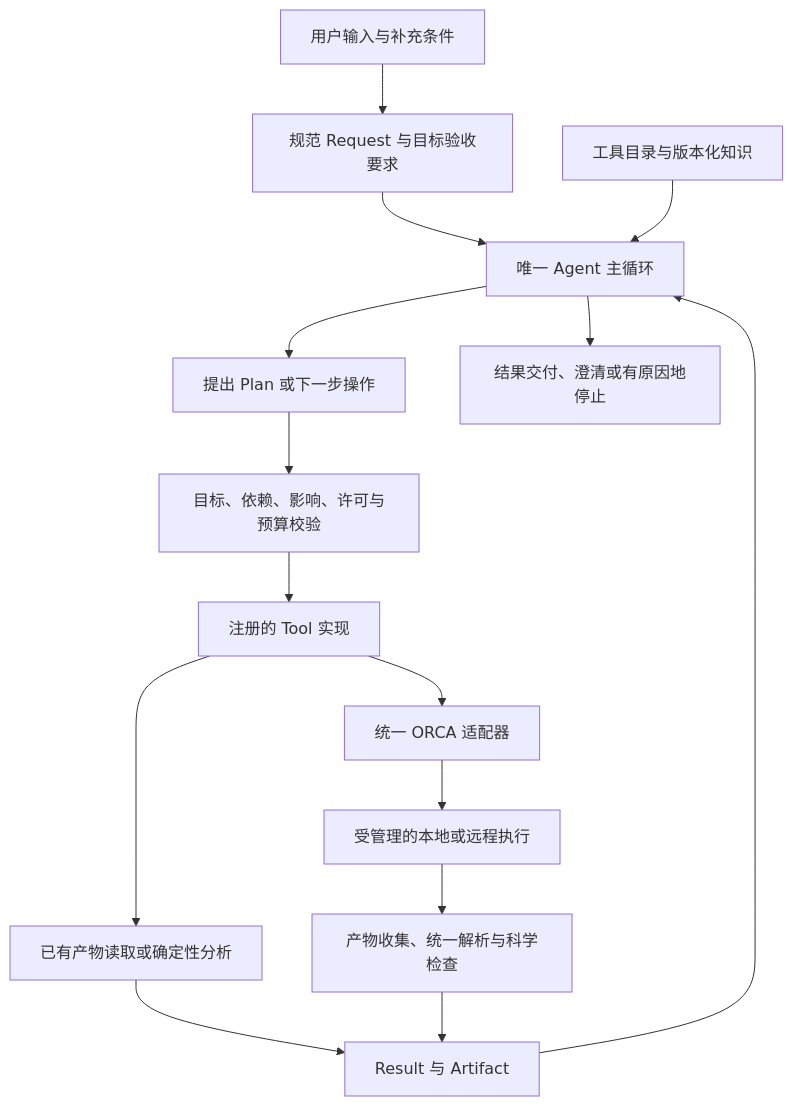
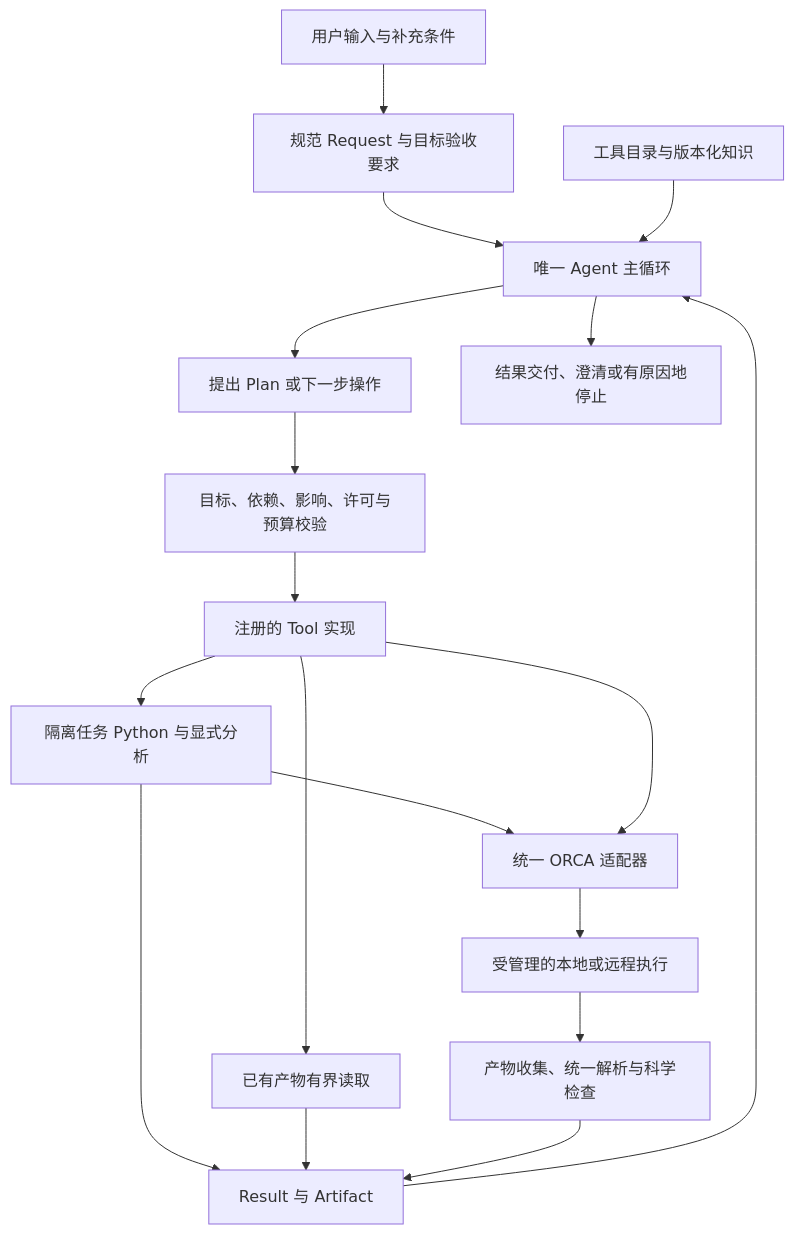
Before and after one commit to az87988799/BG6022-v4: the diagram in docs/ORCA-Agent-Project-Blueprint.md, drawn with Mermaid. The commit also changed other lines of this file and 45 other files, not shown here.

````diff
--- a/docs/ORCA-Agent-Project-Blueprint.md
+++ b/docs/ORCA-Agent-Project-Blueprint.md
@@ -85,17 +84,20 @@
 ```mermaid
 flowchart TD
     U[用户输入与补充条件] --> R[规范 Request 与目标验收要求]
     R --> A[唯一 Agent 主循环]
     K[工具目录与版本化知识] --> A
     A --> P[提出 Plan 或下一步操作]
     P --> V[目标、依赖、影响、许可与预算校验]
     V --> T[注册的 Tool 实现]
-    T --> Q[已有产物读取或确定性分析]
+    T --> Q[已有产物有界读取]
+    T --> X[隔离任务 Python 与显式分析]
+    X --> O
+    X --> F
     T --> O[统一 ORCA 适配器]
     O --> E[受管理的本地或远程执行]
     E --> C[产物收集、统一解析与科学检查]
     Q --> F[Result 与 Artifact]
     C --> F
     F --> A
     A --> D[结果交付、澄清或有原因地停止]
 ```
````
